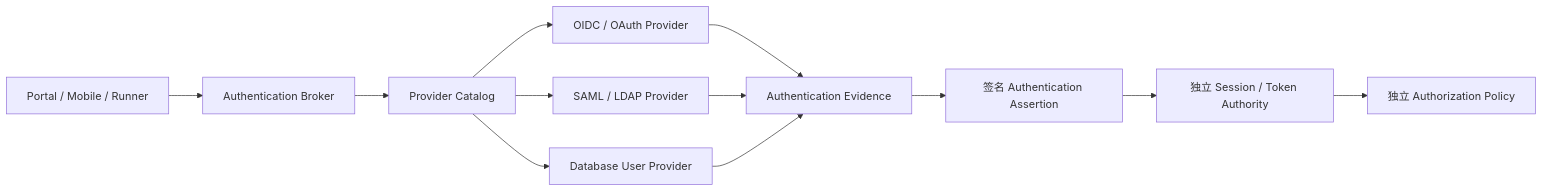
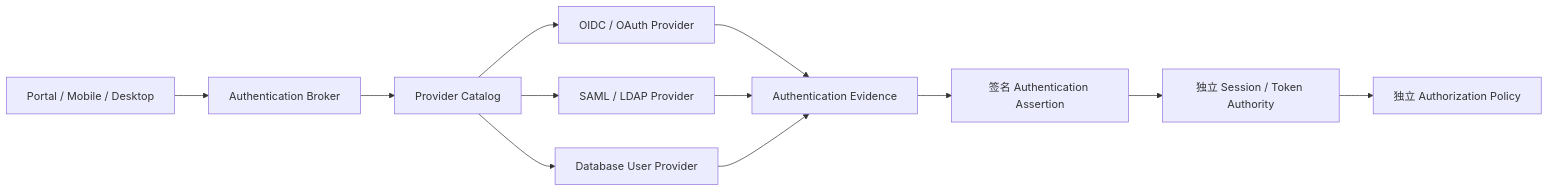
One commit to yandt/VastPlan changed the diagram in docs/dev/architecture/企业身份与种子访问.md. Above: the diagram before and after it, drawn with Mermaid. The commit also changed 137 other files, not shown here.

First line of the commit message:
refactor(kernel): rename runner kernel to desktop

````diff
--- a/docs/dev/architecture/企业身份与种子访问.md
+++ b/docs/dev/architecture/企业身份与种子访问.md
@@ -11,14 +11,14 @@
 ```mermaid
 flowchart LR
-  Client["Portal / Mobile / Runner"] --> Broker["Authentication Broker"]
+  Client["Portal / Mobile / Desktop"] --> Broker["Authentication Broker"]
   Broker --> Catalog["Provider Catalog"]
   Catalog --> OIDC["OIDC / OAuth Provider"]
   Catalog --> SAML["SAML / LDAP Provider"]
   Catalog --> DB["Database User Provider"]
   OIDC --> Evidence["Authentication Evidence"]
   SAML --> Evidence
   DB --> Evidence
   Evidence --> Assertion["签名 Authentication Assertion"]
   Assertion --> Session["独立 Session / Token Authority"]
   Session --> Authz["独立 Authorization Policy"]
 ```
````
